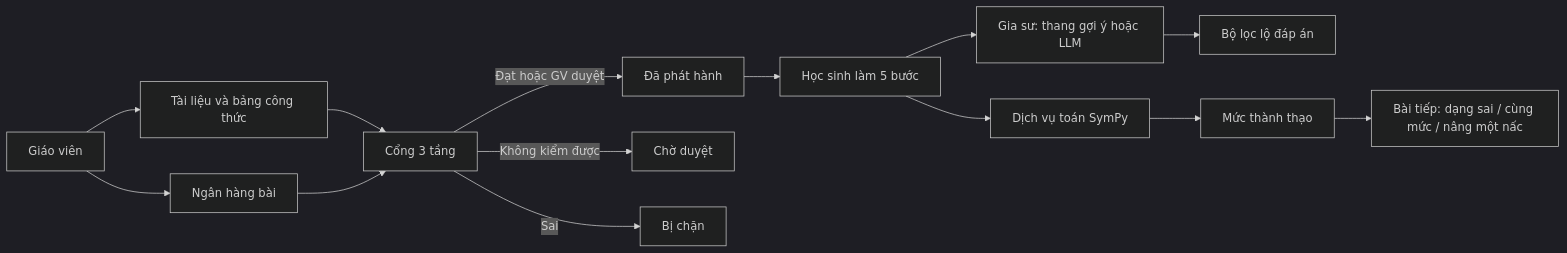
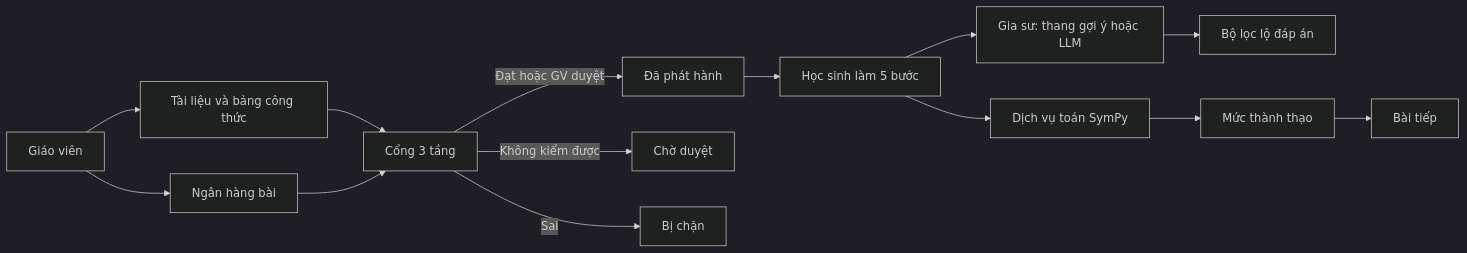
Before and after one commit to meiiie/du_an_em_linh: the diagram in README.md, drawn with Mermaid (dark theme). The commit also changed other lines of this file and 20 other files, not shown here.

First line of the commit message:
Professionalize the repo: GitHub Flow, README, and community files.

````diff
--- a/README.md
+++ b/README.md
@@ -11,16 +22,16 @@
 ```mermaid
 flowchart LR
   GV[Giáo viên] --> TL[Tài liệu và bảng công thức]
   GV --> NH[Ngân hàng bài]
   TL --> C3[Cổng 3 tầng]
   NH --> C3
   C3 -->|Đạt hoặc GV duyệt| PH[Đã phát hành]
   C3 -->|Không kiểm được| DUYET[Chờ duyệt]
   C3 -->|Sai| CHAN[Bị chặn]
   PH --> HS[Học sinh làm 5 bước]
   HS --> MATH[Dịch vụ toán SymPy]
   HS --> AI[Gia sư: thang gợi ý hoặc LLM]
   AI --> LOC[Bộ lọc lộ đáp án]
   MATH --> BKT[Mức thành thạo]
-  BKT --> GOI[Bài tiếp: dạng sai / cùng mức / nâng một nấc]
+  BKT --> GOI[Bài tiếp]
 ```
````
